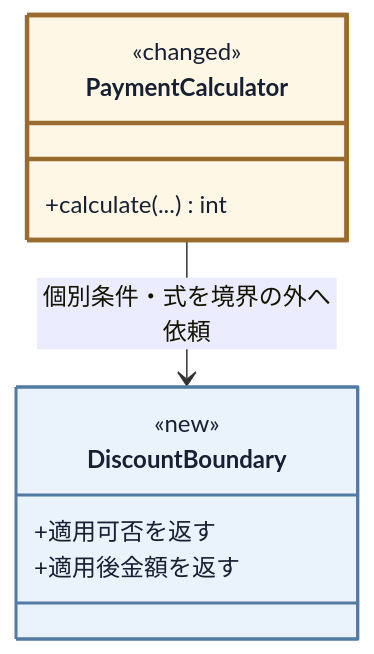
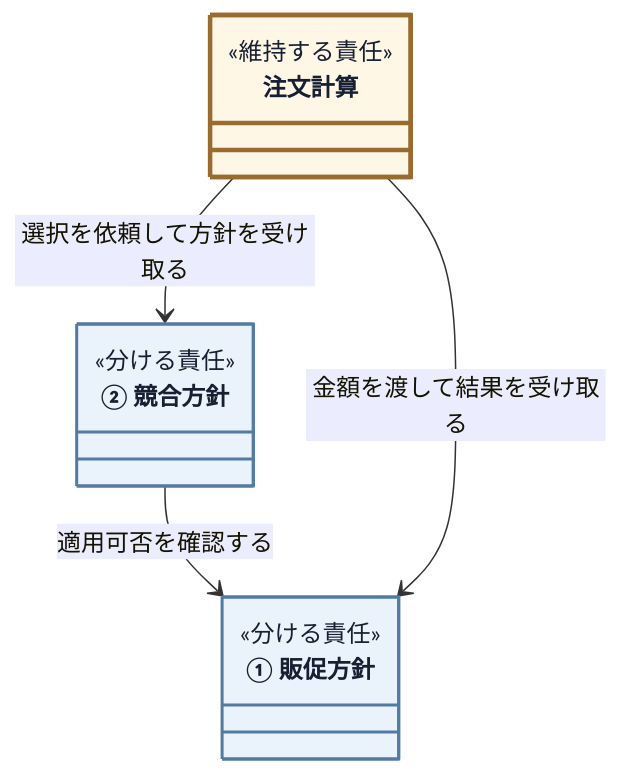
Before and after one commit to kumachan1101-pixel/DesignPattern: the eighth of 17 diagrams in kindle/design-patterns/books/volume01-core-patterns/output/03-chapter01.md, drawn with Mermaid. The commit also changed other lines of this file and 17 other files, not shown here.

````diff
--- a/kindle/design-patterns/books/volume01-core-patterns/output/03-chapter01.md
+++ b/kindle/design-patterns/books/volume01-core-patterns/output/03-chapter01.md
@@ -1361,18 +1327,20 @@
 ```mermaid
 classDiagram
     %% provisional-role-diagram
     direction TB
-    class PaymentCalculator:::touched {
-        <<changed>>
-        +calculate(...) int
+    class OrderCalculation["注文計算"]:::current {
+        <<維持する責任>>
     }
-    class DiscountBoundary:::added {
-        <<new>>
-        +適用可否を返す
-        +適用後金額を返す
+    class PromotionPolicy["① 販促方針"]:::separated {
+        <<分ける責任>>
     }
-    PaymentCalculator --> DiscountBoundary : 個別条件・式を境界の外へ依頼
+    class ConflictPolicy["② 競合方針"]:::separated {
+        <<分ける責任>>
+    }
+    OrderCalculation --> ConflictPolicy : 選択を依頼して方針を受け取る
+    ConflictPolicy --> PromotionPolicy : 適用可否を確認する
+    OrderCalculation --> PromotionPolicy : 金額を渡して結果を受け取る
 
-    classDef added fill:#eaf2fb,stroke:#527aa3,stroke-width:2px,color:#172033;
-    classDef touched fill:#fff7e6,stroke:#9a6b2f,stroke-width:3px,color:#172033;
+    classDef separated fill:#eaf2fb,stroke:#527aa3,stroke-width:2px,color:#172033;
+    classDef current fill:#fff7e6,stroke:#9a6b2f,stroke-width:3px,color:#172033;
 ```
````
